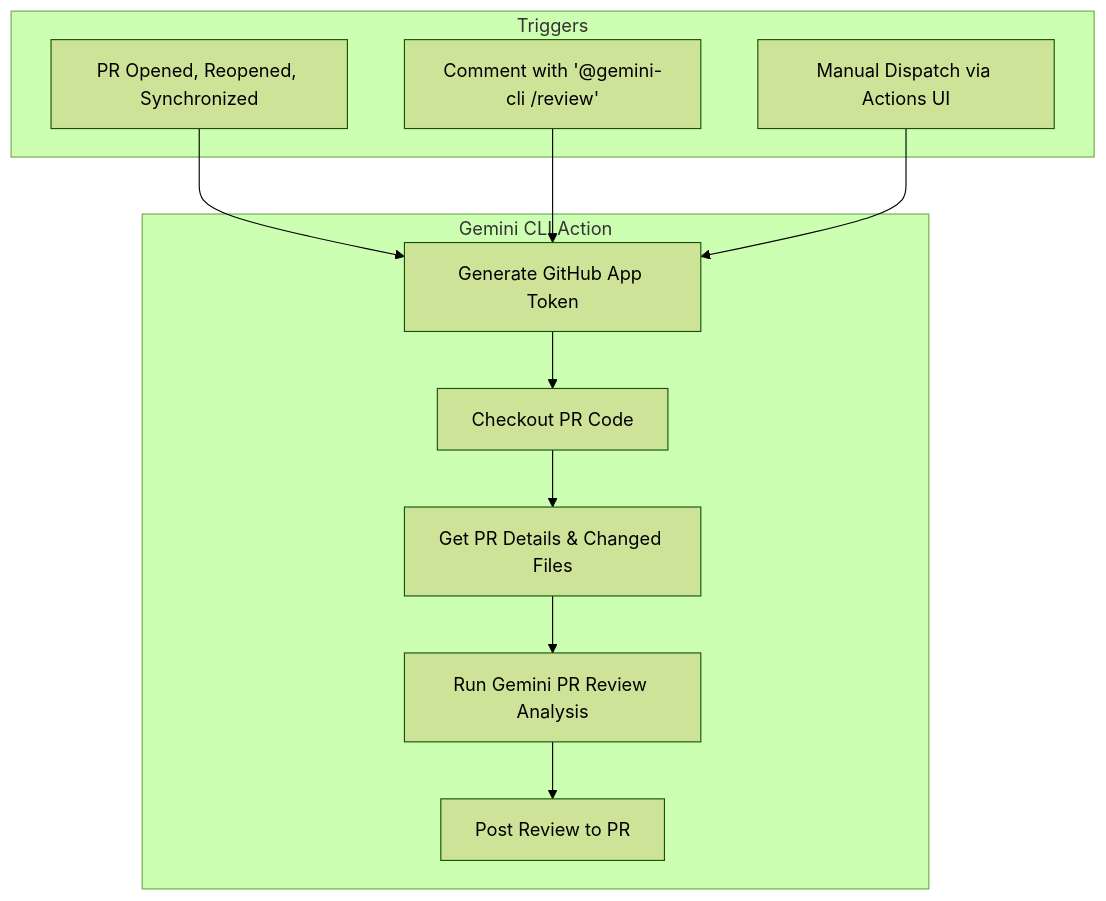
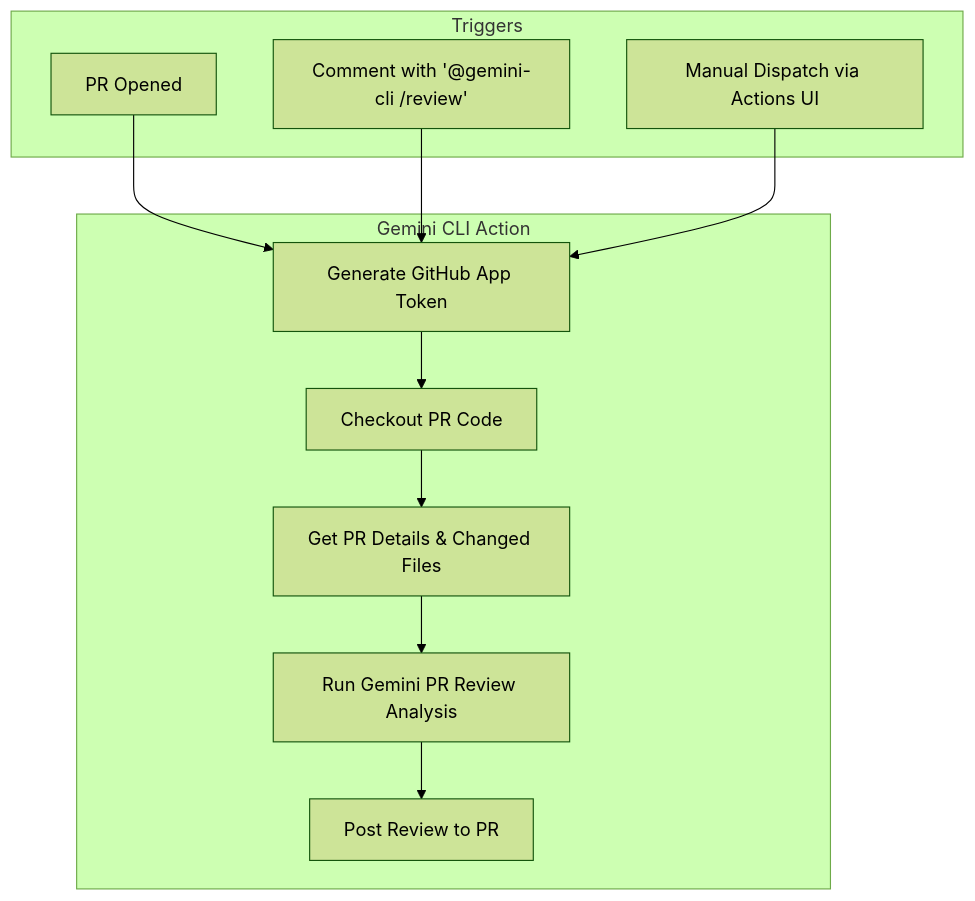
The diagram in docs/pr-review.md (google-gemini/gemini-cli-action), drawn with Mermaid (forest theme) before and after one commit. The commit also changed other lines of this file and 2 other files, not shown here.

Commit message:
use env vars in PR review

````diff
--- a/docs/pr-review.md
+++ b/docs/pr-review.md
@@ -35,24 +35,24 @@
 ```mermaid
 graph TD
     subgraph "Triggers"
-        A[PR Opened, Reopened, Synchronized]
+        A[PR Opened]
         B[Comment with '@gemini-cli /review']
         C[Manual Dispatch via Actions UI]
     end
 
     subgraph "Gemini CLI Action"
         D[Generate GitHub App Token]
         E[Checkout PR Code]
         F[Get PR Details & Changed Files]
         G[Run Gemini PR Review Analysis]
         H[Post Review to PR]
     end
     
     A --> D
     B --> D
     C --> D
     D --> E
     E --> F
     F --> G
     G --> H
 ```
````
